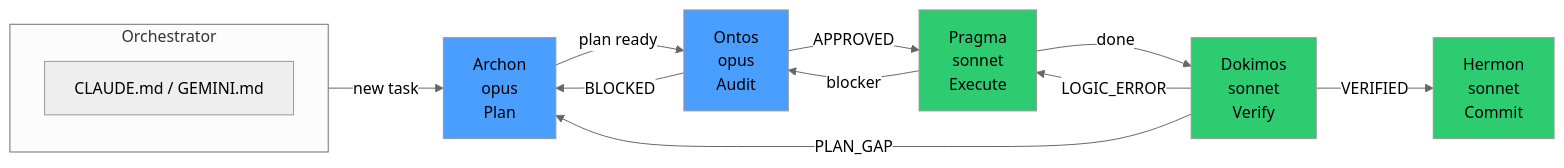
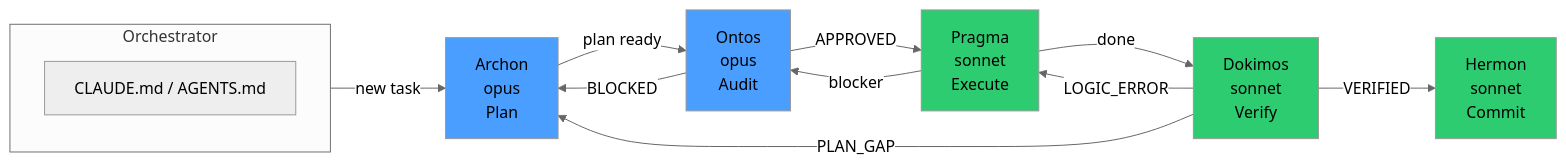
One commit to ancrz/termux-linux-deployer changed the seventh of 7 diagrams in README.md. Above: the diagram before and after it, drawn with Mermaid (neutral theme). The commit also changed other lines of this file and 22 other files, not shown here.

````diff
--- a/README.md
+++ b/README.md
@@ -284,23 +284,23 @@
 ```mermaid
 flowchart LR
     subgraph Orchestrator
         direction TB
-        O["CLAUDE.md / GEMINI.md"]
+        O["CLAUDE.md / AGENTS.md"]
     end
 
     O -->|"new task"| AR["Archon<br/>opus<br/>Plan"]
     AR -->|"plan ready"| ON["Ontos<br/>opus<br/>Audit"]
     ON -->|"APPROVED"| PR["Pragma<br/>sonnet<br/>Execute"]
     ON -->|"BLOCKED"| AR
     PR -->|"done"| DK["Dokimos<br/>sonnet<br/>Verify"]
     PR -->|"blocker"| ON
     DK -->|"VERIFIED"| HM["Hermon<br/>sonnet<br/>Commit"]
     DK -->|"LOGIC_ERROR"| PR
     DK -->|"PLAN_GAP"| AR
 
     style AR fill:#4a9eff
     style ON fill:#4a9eff
     style PR fill:#2ecc71
     style DK fill:#2ecc71
     style HM fill:#2ecc71
 ```
````
